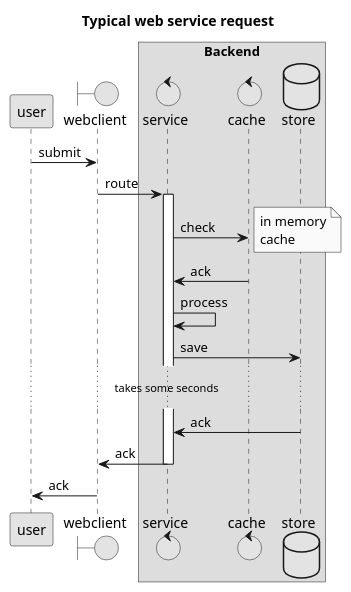
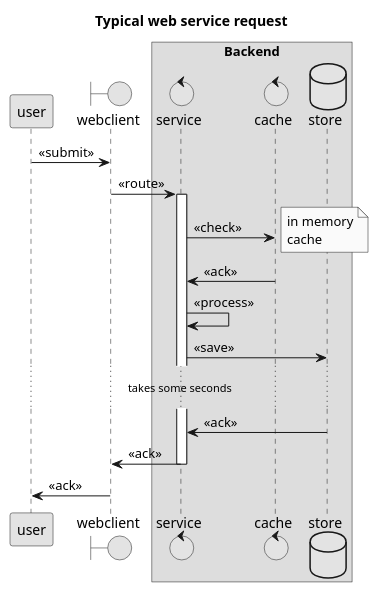
One commit to jruizaranguren/atoming changed the diagram in docs/sequence.puml. Above: the diagram before and after it, drawn with PlantUML. The commit also changed 2 other files, not shown here.

Commit message:
add some tests related to the use of atom plantuml preview

```diff
--- a/docs/sequence.puml
+++ b/docs/sequence.puml
@@ -1,31 +1,32 @@
 @startuml
 title Typical web service request
+
 skinparam monochrome true
 
 participant user
 boundary webclient
 box "Backend"
 control service
 control cache
 database store
 end box
 
-user -> webclient : submit
-webclient -> service : route
+user -> webclient : << submit >>
+webclient -> service : << route >>
 activate service
-service -> cache: check
+service -> cache: << check >>
 note right
    in memory
    cache
 end note
-cache -> service: ack
-service -> service : process
-service -> store : save
+cache -> service: << ack >>
+service -> service : << process >>
+service -> store : << save >>
 ... takes some seconds ...
-store -> service: ack
-service -> webclient: ack
+store -> service: << ack >>
+service -> webclient: << ack >>
 deactivate service
-webclient -> user: ack
+webclient -> user: << ack >>
 
 
 @enduml
```
